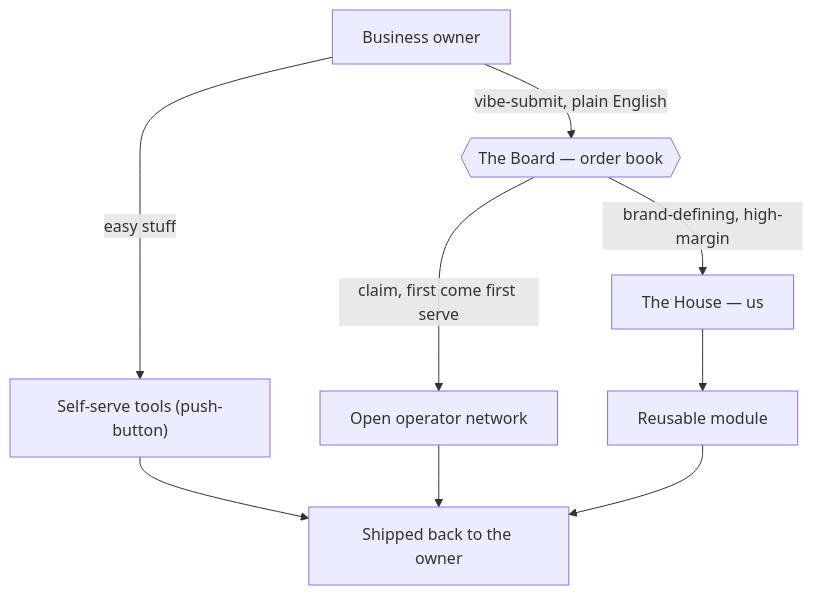
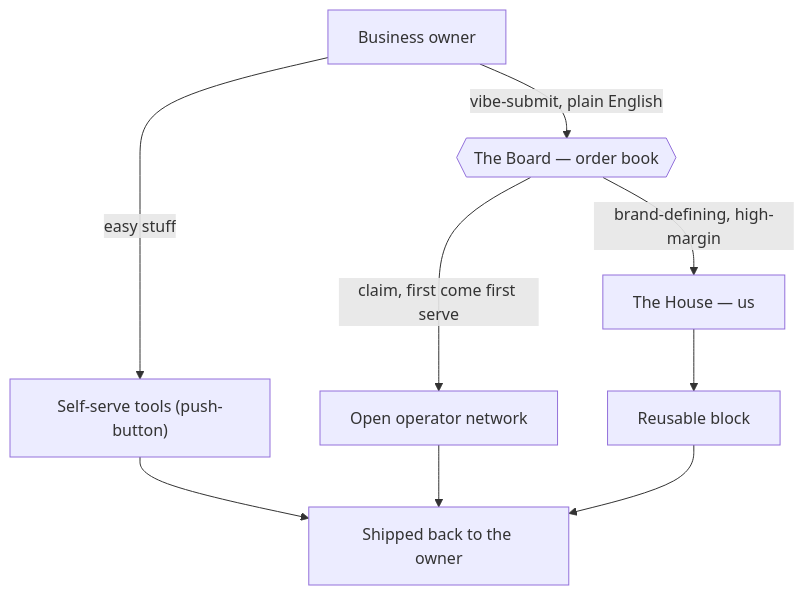
The first of 3 diagrams in website/articles/the-execution-marketplace.md (matthewharwood/engmanager.xyz), drawn with Mermaid before and after one commit. The commit also changed other lines of this file and 1 other file, not shown here.

```diff
--- a/website/articles/the-execution-marketplace.md
+++ b/website/articles/the-execution-marketplace.md
@@ -42,12 +42,12 @@
 <div class="mermaid">
 flowchart TD
   O["Business owner"]
   O -->|"easy stuff"| TOOLS["Self-serve tools (push-button)"]
   O -->|"vibe-submit, plain English"| BOARD{{"The Board — order book"}}
   BOARD -->|"claim, first come first serve"| NET["Open operator network"]
   BOARD -->|"brand-defining, high-margin"| HOUSE["The House — us"]
   TOOLS --> DONE["Shipped back to the owner"]
   NET --> DONE
-  HOUSE --> MOD["Reusable module"]
+  HOUSE --> MOD["Reusable block"]
   MOD --> DONE
 </div>
```
